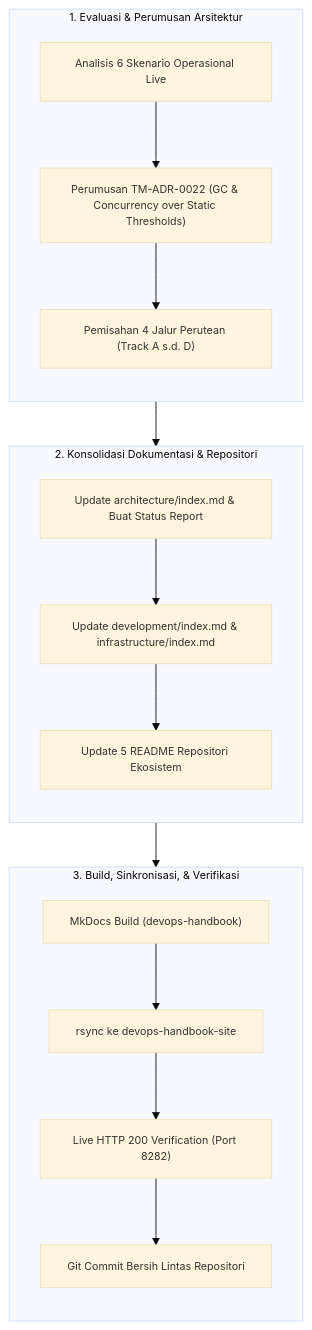
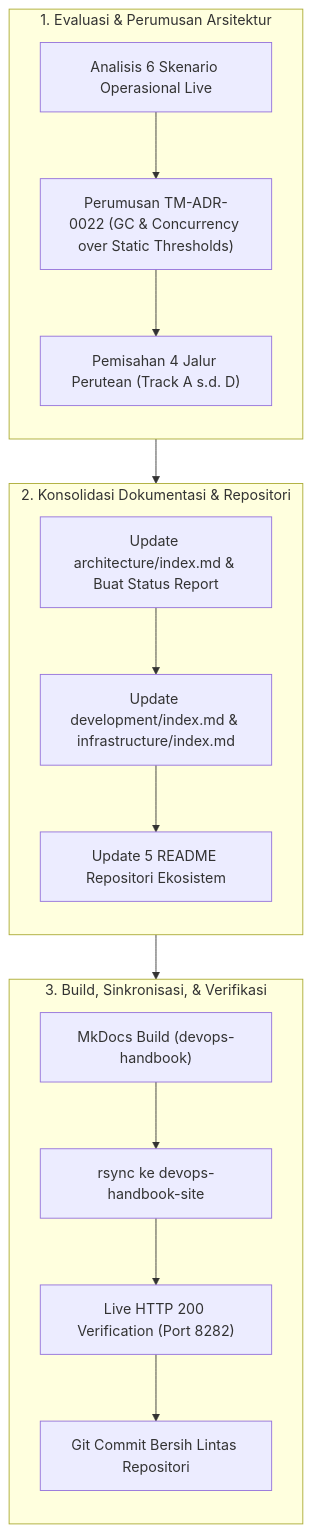
Before and after one commit to edkas07-oss/devops-handbook: the first of 2 diagrams in docs/projects/tomcat-monitoring/engineering-journal/monitoring-platform-integration/TN-003-consolidate-operational-scenarios-and-system-status-matrix.md, drawn with Mermaid. The commit also changed other lines of this file and 5 other files, not shown here.

````diff
--- a/docs/projects/tomcat-monitoring/engineering-journal/monitoring-platform-integration/TN-003-consolidate-operational-scenarios-and-system-status-matrix.md
+++ b/docs/projects/tomcat-monitoring/engineering-journal/monitoring-platform-integration/TN-003-consolidate-operational-scenarios-and-system-status-matrix.md
@@ -69,36 +74,30 @@
 ```mermaid
-%%{init: {
-  'theme': 'base',
-  'themeVariables': {
-    'edgeLabelBackground': 'transparent',
-    'fontSize': '12px'
-  }
-}}%%
+%%{init: {themeVariables: { fontSize: 12px }}}%%
 flowchart TD
     subgraph PHASE1["1. Evaluasi & Perumusan Arsitektur"]
         direction TB
         E1["Analisis 6 Skenario Operasional Live"]
         E2["Perumusan TM-ADR-0022 (GC & Concurrency over Static Thresholds)"]
         E3["Pemisahan 4 Jalur Perutean (Track A s.d. D)"]
         E1 --> E2 --> E3
     end
 
     subgraph PHASE2["2. Konsolidasi Dokumentasi & Repositori"]
         direction TB
         D1["Update architecture/index.md & Buat Status Report"]
         D2["Update development/index.md & infrastructure/index.md"]
         D3["Update 5 README Repositori Ekosistem"]
         D1 --> D2 --> D3
     end
 
     subgraph PHASE3["3. Build, Sinkronisasi, & Verifikasi"]
         direction TB
         V1["MkDocs Build (devops-handbook)"]
         V2["rsync ke devops-handbook-site"]
         V3["Live HTTP 200 Verification (Port 8282)"]
         V4["Git Commit Bersih Lintas Repositori"]
         V1 --> V2 --> V3 --> V4
     end
 
     PHASE1 --> PHASE2 --> PHASE3
 ```
````
